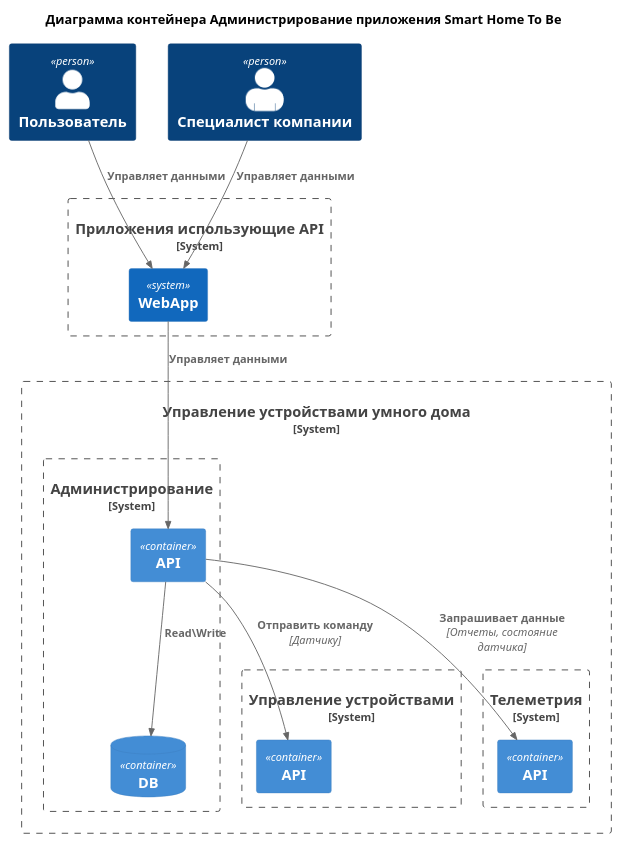
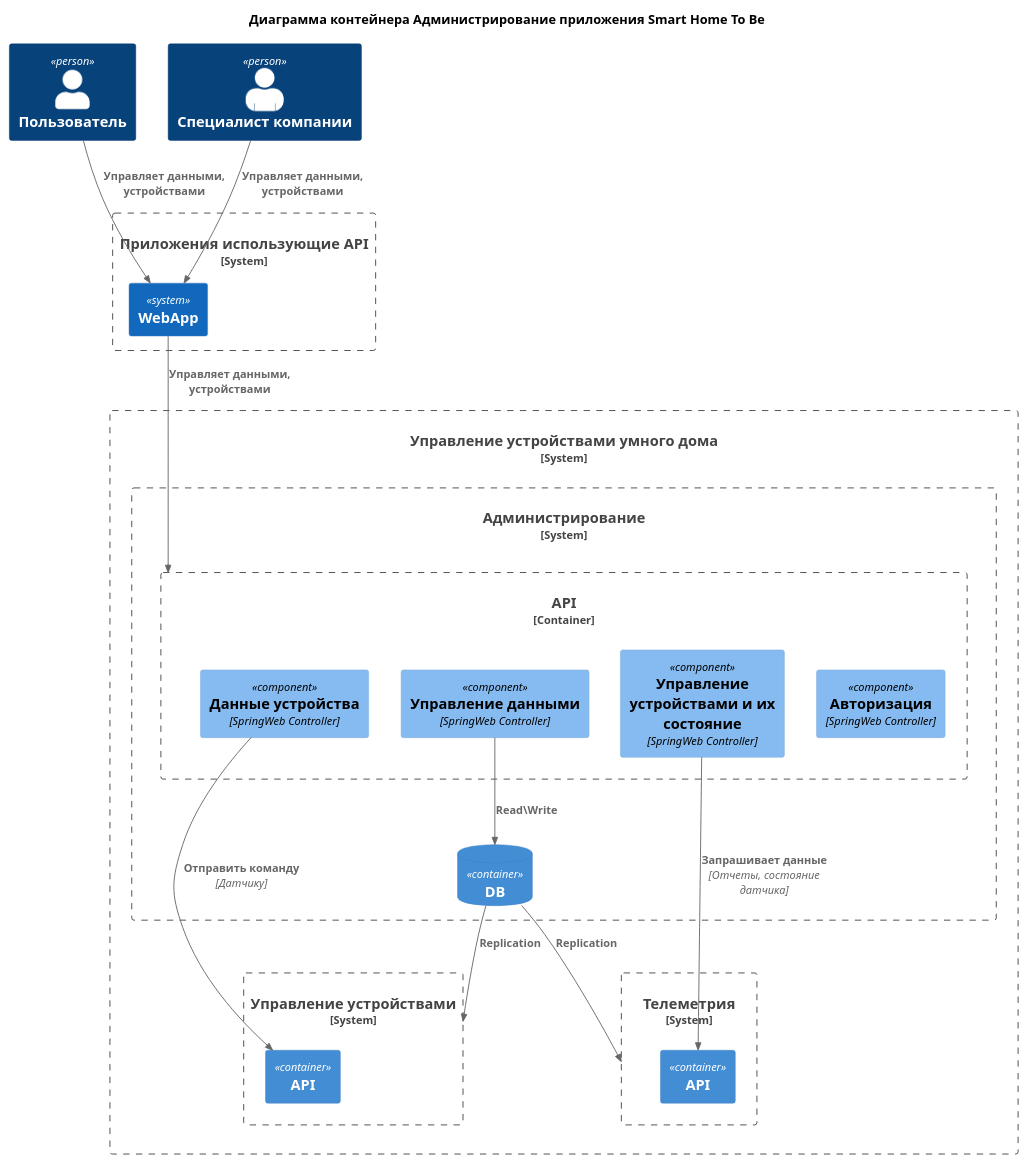
One commit to bezdelnique/ydnx-arch-sprint1 changed the diagram in docs/To Be Component Administration.puml. Above: the diagram before and after it, drawn with PlantUML. The commit also changed 2 other files, not shown here.

Commit message:
To Be C4 diagrams

```diff
--- a/docs/To Be Component Administration.puml
+++ b/docs/To Be Component Administration.puml
@@ -1,39 +1,48 @@
 @startuml
 title "Диаграмма контейнера Администрирование приложения Smart Home To Be"
 
 top to bottom direction
 
 !include C4/C4_Component.puml
 
 Person(User, "Пользователь")
 Person(Specialist, "Специалист компании", "", person2)
 
 System_Boundary(SmartHomeApp, "Приложения использующие API") {
     System(WebApp, "WebApp")
 }
 
 System_Boundary(Domain, "Управление устройствами умного дома") {
     System_Boundary("Administration", "Администрирование") {
-        Container(AdministrationApi, "API")
+        Container_Boundary(AdministrationApi, "API"){
+            Component("AuthController", "Авторизация", "SpringWeb Controller")
+            Component("AdminPanelController", "Управление данными", "SpringWeb Controller")
+            Component("ManageDeviceController", "Управление устройствами и их состояние", "SpringWeb Controller")
+            Component("TelemetryController", "Данные устройства", "SpringWeb Controller")
+        }
         ContainerDb(AdministrationDb, "DB")
     }
 
     System_Boundary(SubdomainManageDevice, "Управление устройствами") {
         Container(ManageDeviceApi, "API")
     }
 
     System_Boundary(SubdomainTelemetry, "Телеметрия") {
         Container(TelemetryApi, "API")
     }
+
 }
 
-Rel(AdministrationApi, AdministrationDb, "Read\Write")
-Rel(AdministrationApi, TelemetryApi, "Запрашивает данные", "Отчеты, состояние датчика")
-Rel(AdministrationApi, ManageDeviceApi, "Отправить команду", "Датчику")
+Rel(AdminPanelController, AdministrationDb, "Read\Write")
+Rel(AdministrationDb, SubdomainManageDevice, "Replication")
+Rel(AdministrationDb, SubdomainTelemetry, "Replication")
 
-Rel(Specialist, WebApp, "Управляет данными")
-Rel(User, WebApp, "Управляет данными")
-Rel(WebApp, AdministrationApi, "Управляет данными")
+Rel(ManageDeviceController, TelemetryApi, "Запрашивает данные", "Отчеты, состояние датчика")
+Rel(TelemetryController, ManageDeviceApi, "Отправить команду", "Датчику")
+
+Rel(Specialist, WebApp, "Управляет данными, устройствами")
+Rel(User, WebApp, "Управляет данными, устройствами")
+Rel(WebApp, AdministrationApi, "Управляет данными, устройствами")
 
 
 @enduml
```
